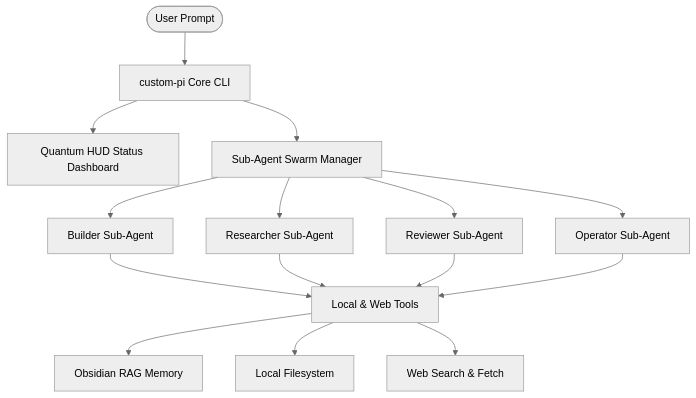
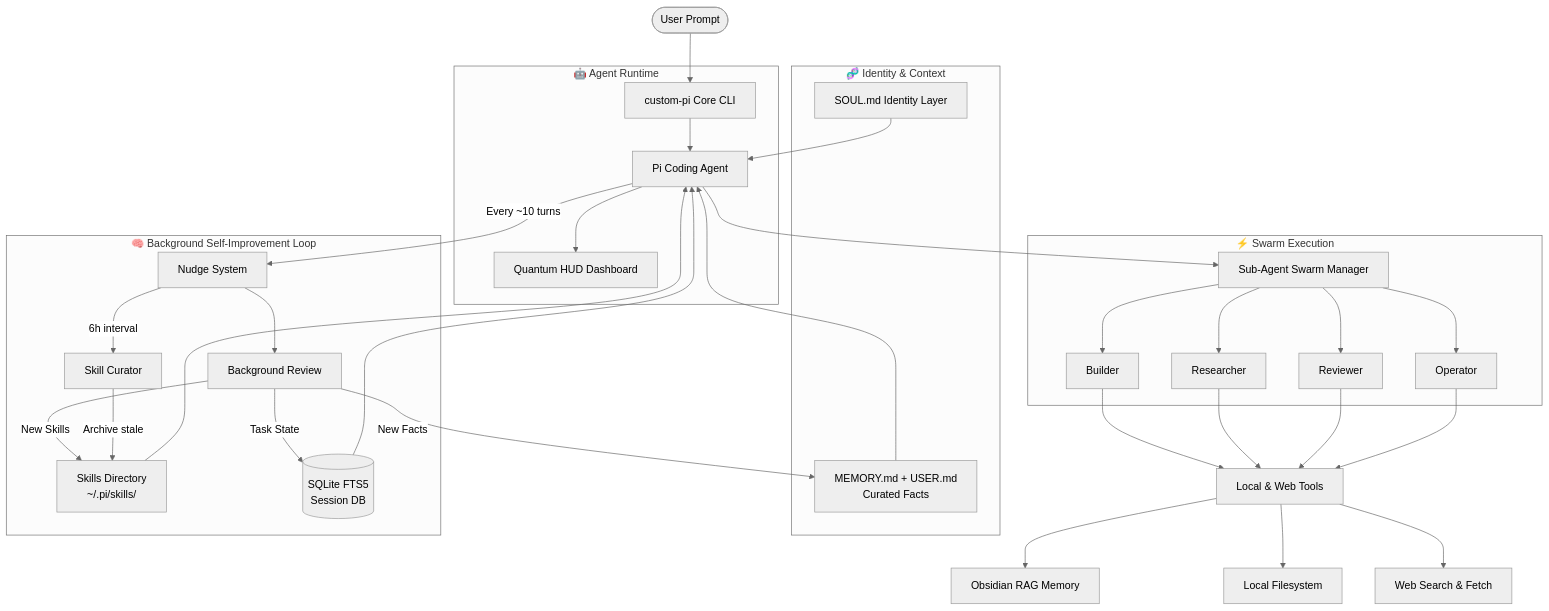
Before and after one commit to IamNishant51/Custom-PI: the diagram in README.md, drawn with Mermaid (neutral theme). The commit also changed other lines of this file, not shown here.

First line of the commit message:
docs: update README with new self-improvement system, skills, FTS5, curator, SOUL.md

````diff
--- a/README.md
+++ b/README.md
@@ -46,15 +52,41 @@
 ```mermaid
 graph TD
     User([User Prompt]) --> CustomPI[custom-pi Core CLI]
-    CustomPI --> HUD[Quantum HUD Status Dashboard]
-    CustomPI --> Swarm[Sub-Agent Swarm Manager]
-    Swarm --> Builder[Builder Sub-Agent]
-    Swarm --> Researcher[Researcher Sub-Agent]
-    Swarm --> Reviewer[Reviewer Sub-Agent]
-    Swarm --> Operator[Operator Sub-Agent]
-    
+
+    subgraph "🧬 Identity & Context"
+        SOUL[SOUL.md Identity Layer]
+        MEM[MEMORY.md + USER.md<br/>Curated Facts]
+    end
+
+    subgraph "🤖 Agent Runtime"
+        CustomPI --> Agent[Pi Coding Agent]
+        SOUL --> Agent
+        MEM --> Agent
+        Agent --> HUD[Quantum HUD Dashboard]
+    end
+
+    subgraph "🧠 Background Self-Improvement Loop"
+        Agent -->|Every ~10 turns| Nudge[Nudge System]
+        Nudge --> Review[Background Review]
+        Review -->|New Facts| MEM
+        Review -->|New Skills| SKILL[Skills Directory<br/>~/.pi/skills/]
+        Review -->|Task State| DB[(SQLite FTS5<br/>Session DB)]
+        Nudge -->|6h interval| Curator[Skill Curator]
+        Curator -->|Archive stale| SKILL
+    end
+
+    subgraph "⚡ Swarm Execution"
+        Agent --> Swarm[Sub-Agent Swarm Manager]
+        Swarm --> Builder[Builder]
+        Swarm --> Researcher[Researcher]
+        Swarm --> Reviewer[Reviewer]
+        Swarm --> Operator[Operator]
+    end
+
     Builder & Researcher & Reviewer & Operator --> Tools[Local & Web Tools]
     Tools --> RAG[Obsidian RAG Memory]
     Tools --> Filesystem[Local Filesystem]
     Tools --> Web[Web Search & Fetch]
+    DB --> Agent
+    SKILL --> Agent
 ```
````
